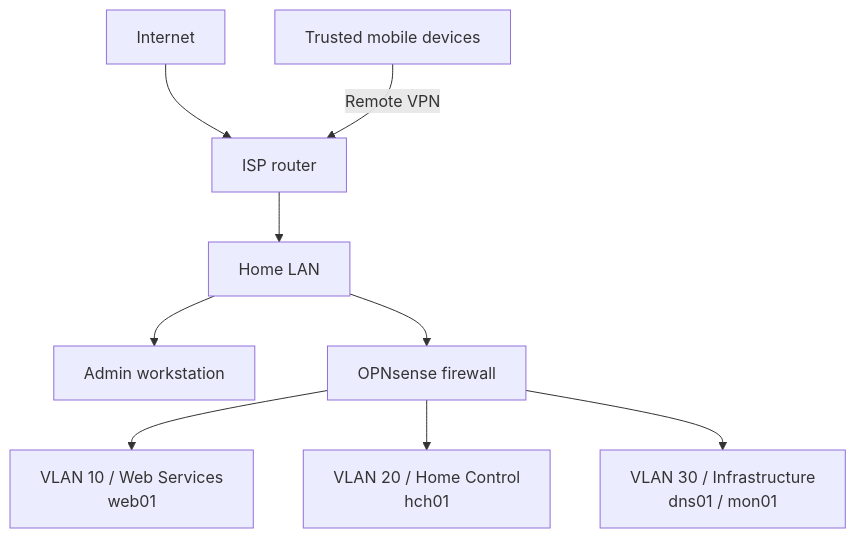
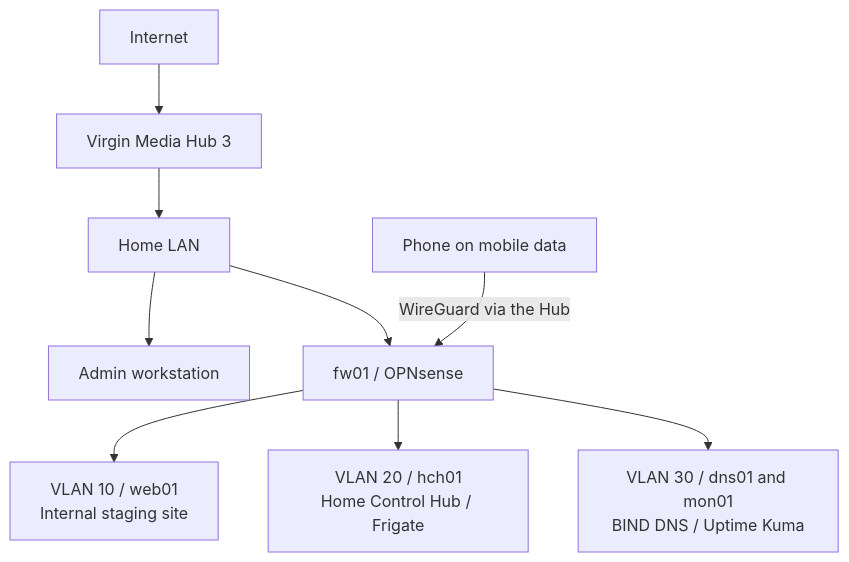
Before and after one commit to repo-sudo/infrastructure-portfolio: the first of 2 diagrams in docs/network-topology.md, drawn with Mermaid. The commit also changed other lines of this file, not shown here.

````diff
--- a/docs/network-topology.md
+++ b/docs/network-topology.md
@@ -7,11 +7,12 @@
 ```mermaid
 flowchart TB
-    internet["Internet"] --> router["ISP router"]
-    mobile["Trusted mobile devices"] -->|Remote VPN| router
-    router --> home["Home LAN"]
+    internet["Internet"] --> hub["Virgin Media Hub 3"]
+    hub --> home["Home LAN"]
     home --> admin["Admin workstation"]
-    home --> firewall["OPNsense firewall"]
-    firewall --> web["VLAN 10 / Web Services<br/>web01"]
-    firewall --> control["VLAN 20 / Home Control<br/>hch01"]
-    firewall --> infra["VLAN 30 / Infrastructure<br/>dns01 / mon01"]
+    home --> fw["fw01 / OPNsense"]
+    phone["Phone on mobile data"] -->|"WireGuard via the Hub"| fw
+
+    fw --> vlan10["VLAN 10 / web01<br/>Internal staging site"]
+    fw --> vlan20["VLAN 20 / hch01<br/>Home Control Hub / Frigate"]
+    fw --> vlan30["VLAN 30 / dns01 and mon01<br/>BIND DNS / Uptime Kuma"]
 ```
````
